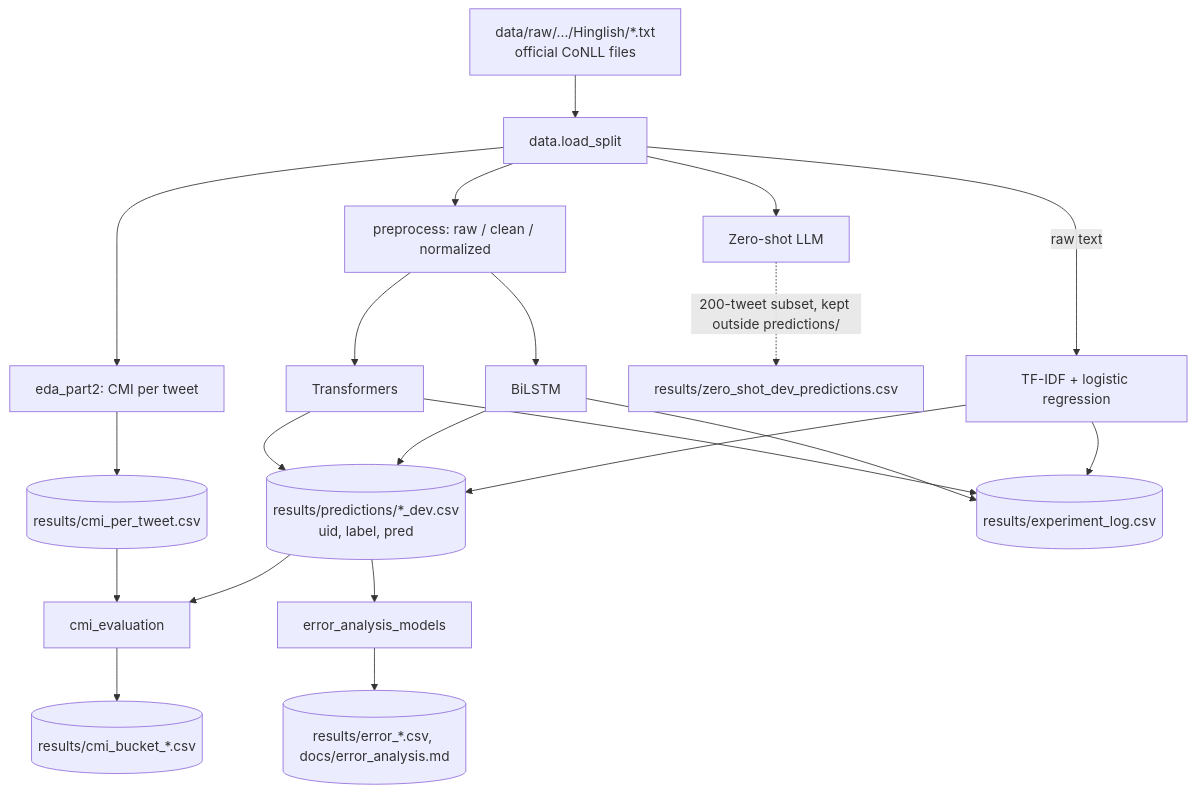
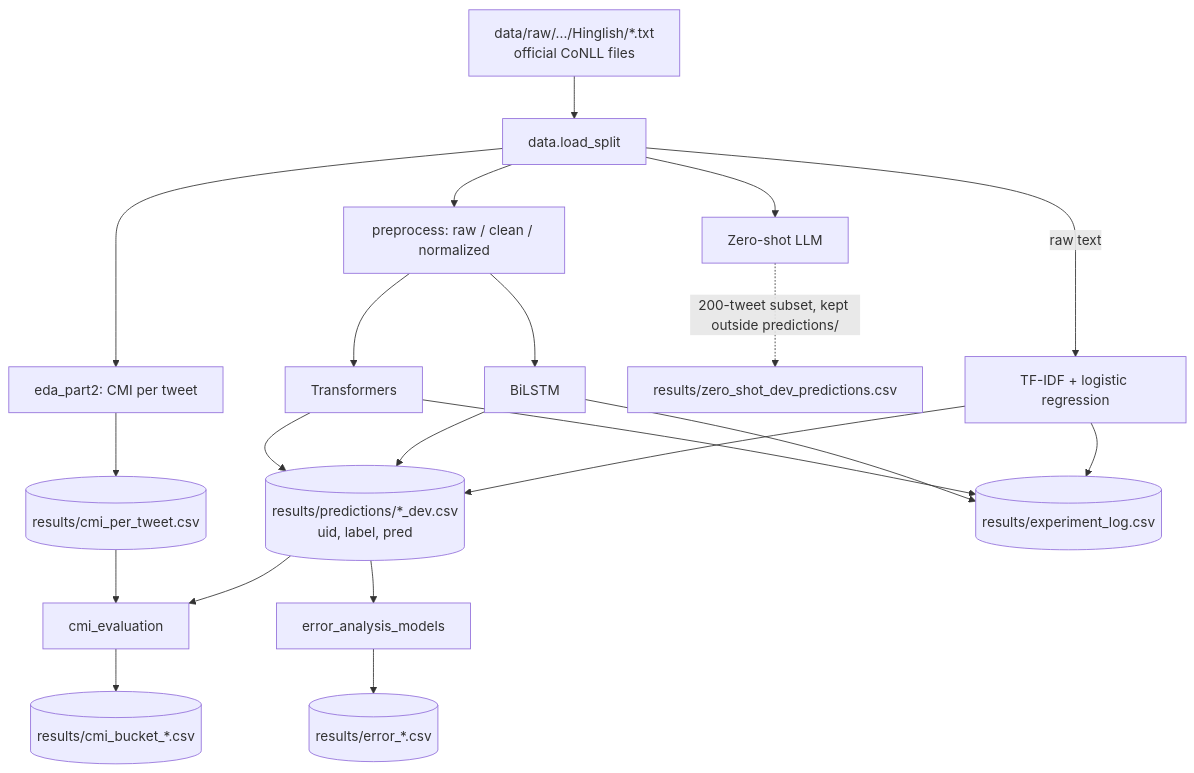
One commit to mani6409/hinglish-sentimix changed the second of 2 diagrams in docs/ARCHITECTURE.md. Above: the diagram before and after it, drawn with Mermaid. The commit also changed other lines of this file and 7 other files, not shown here.

Commit message:
Documentation: fix caller lists and statements found in review, regenerate the dependency graph from the imports, update counts and log columns

````diff
--- a/docs/ARCHITECTURE.md
+++ b/docs/ARCHITECTURE.md
@@ -63,23 +95,23 @@
 ```mermaid
 flowchart TD
     raw["data/raw/.../Hinglish/*.txt<br/>official CoNLL files"] --> load[data.load_split]
     load -->|raw text| tfidf[TF-IDF + logistic regression]
     load --> pre[preprocess: raw / clean / normalized]
     pre --> bil[BiLSTM]
     pre --> tr[Transformers]
     load --> zs[Zero-shot LLM]
     tfidf --> pred[("results/predictions/*_dev.csv<br/>uid, label, pred")]
     bil --> pred
     tr --> pred
     zs -.->|"200-tweet subset, kept outside predictions/"| other["results/zero_shot_dev_predictions.csv"]
     load --> eda2[eda_part2: CMI per tweet]
     eda2 --> cmitab[("results/cmi_per_tweet.csv")]
     pred --> cmie[cmi_evaluation]
     cmitab --> cmie
     cmie --> out1[("results/cmi_bucket_*.csv")]
     pred --> ema[error_analysis_models]
-    ema --> out2[("results/error_*.csv, docs/error_analysis.md")]
+    ema --> out2[("results/error_*.csv")]
     tfidf --> log[("results/experiment_log.csv")]
     bil --> log
     tr --> log
 ```
````
